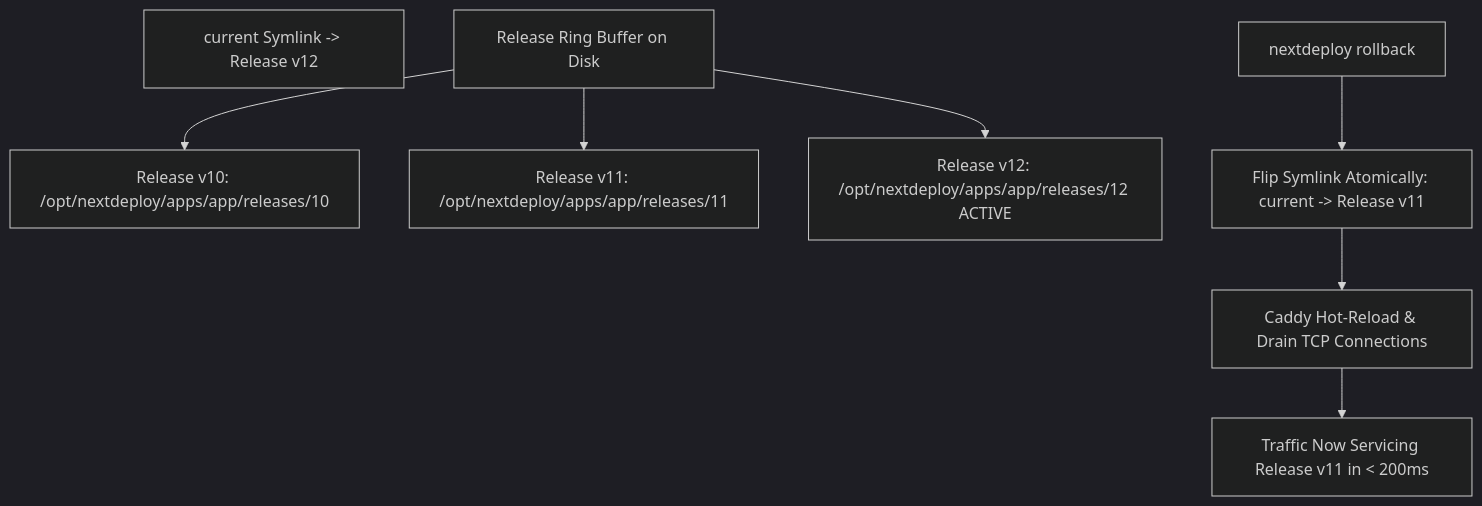
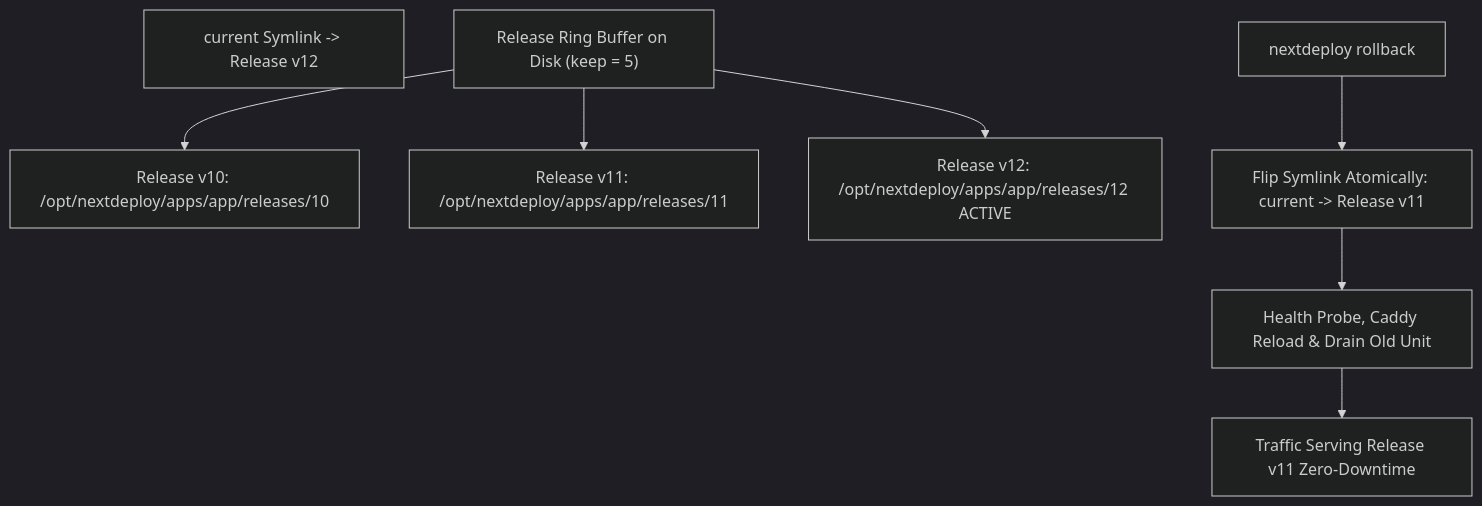
One commit to aynaash/NextDeploy changed the diagram in frontend/content/docs/vps/rollback.md. Above: the diagram before and after it, drawn with Mermaid (dark theme). The commit also changed 53 other files, not shown here.

First line of the commit message:
feat(frontend): redesign responsive landing page, fix docs diagrams and KV guard config

````diff
--- a/frontend/content/docs/vps/rollback.md
+++ b/frontend/content/docs/vps/rollback.md
@@ -21,12 +21,12 @@
 ```mermaid
 flowchart TD
-    Current[current Symlink -> Release v12]
-    Buffer[Release Ring Buffer on Disk]
-    Buffer --> Rel10[Release v10: /opt/nextdeploy/apps/app/releases/10]
-    Buffer --> Rel11[Release v11: /opt/nextdeploy/apps/app/releases/11]
-    Buffer --> Rel12[Release v12: /opt/nextdeploy/apps/app/releases/12 ACTIVE]
-    
-    RollbackCmd[nextdeploy rollback] --> Switch[Flip Symlink Atomically: current -> Release v11]
-    Switch --> Signal[Caddy Hot-Reload & Drain TCP Connections]
-    Signal --> Complete[Traffic Now Servicing Release v11 in < 200ms]
+    Current["current Symlink -> Release v12"]
+    Buffer["Release Ring Buffer on Disk (keep = 5)"]
+    Buffer --> Rel10["Release v10: /opt/nextdeploy/apps/app/releases/10"]
+    Buffer --> Rel11["Release v11: /opt/nextdeploy/apps/app/releases/11"]
+    Buffer --> Rel12["Release v12: /opt/nextdeploy/apps/app/releases/12 ACTIVE"]
+
+    RollbackCmd["nextdeploy rollback"] --> Switch["Flip Symlink Atomically: current -> Release v11"]
+    Switch --> Signal["Health Probe, Caddy Reload & Drain Old Unit"]
+    Signal --> Complete["Traffic Serving Release v11 Zero-Downtime"]
 ```
````
